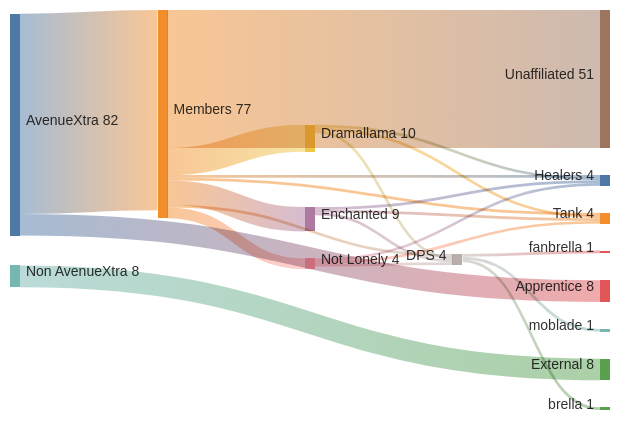
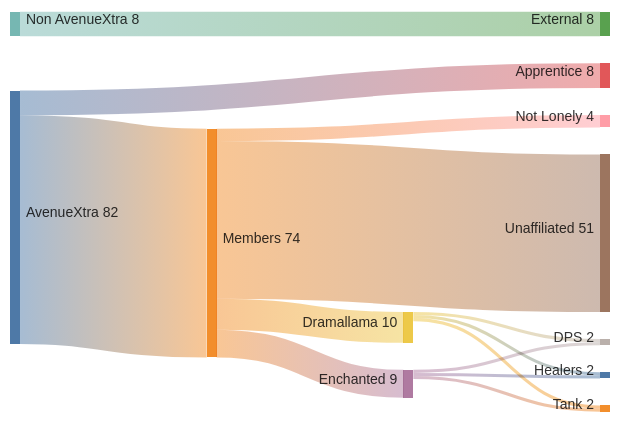
The diagram in content/Guild/Sankey.md (gns168/wwm168), drawn with Mermaid before and after one commit. The commit also changed other lines of this file and 3 other files, not shown here.

````diff
--- a/content/Guild/Sankey.md
+++ b/content/Guild/Sankey.md
@@ -12,33 +12,21 @@
 ```mermaid
 sankey-beta
 
 AvenueXtra, Members, 74
 AvenueXtra, Apprentice, 8
 Non AvenueXtra, External, 8
 
 Members, Dramallama, 10
 Members, Enchanted,  9
 Members, Not Lonely,  4
 Members, Unaffiliated, 51
 
 Dramallama, DPS, 1
 Dramallama, Healers, 1
 Dramallama, Tank, 1
 
 Enchanted, DPS, 1
 Enchanted, Healers, 1
 Enchanted, Tank, 1
 
-Not Lonely, DPS, 1
-Not Lonely, Healers, 1
-Not Lonely, Tank, 1
-
-Members, DPS, 1
-Members, Healers, 1
-Members, Tank, 1
-
-DPS, fanbrella, 1
-DPS, moblade, 1
-DPS, brella, 1
-
 ```
````
